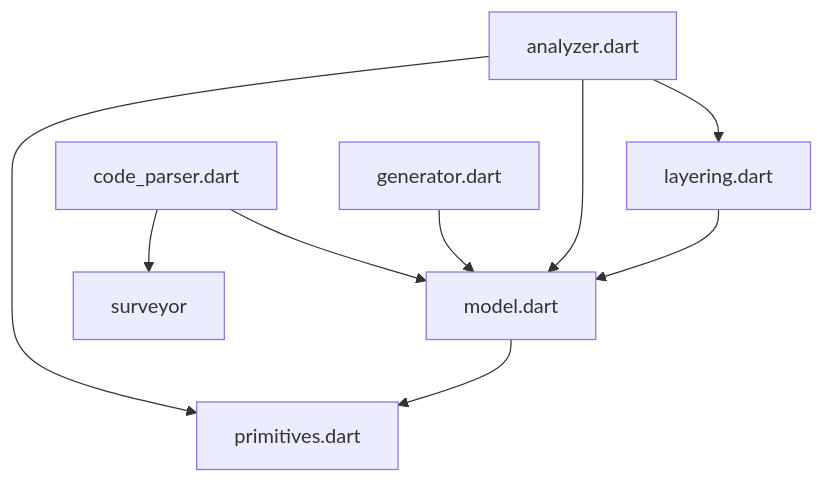
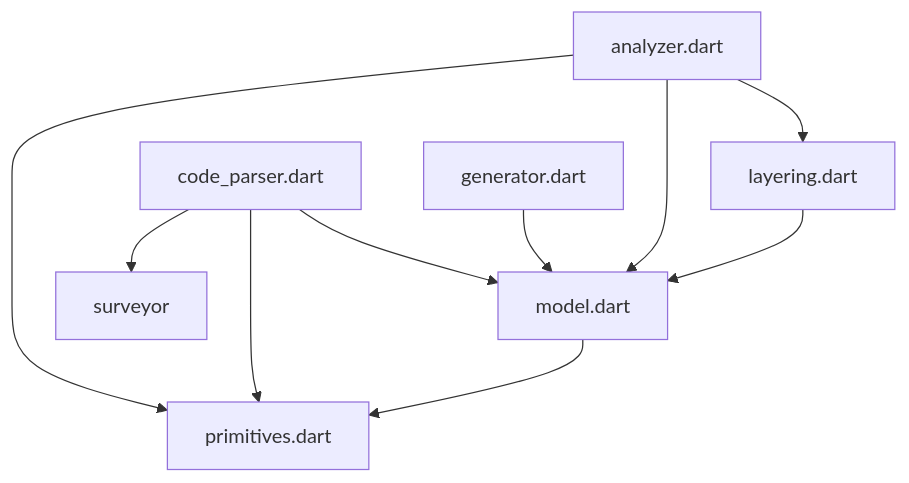
One commit to polina-c/layerlens changed the diagram in lib/src/DEPENDENCIES.md. Above: the diagram before and after it, drawn with Mermaid. The commit also changed 1 other file, not shown here.

````diff
--- a/lib/src/DEPENDENCIES.md
+++ b/lib/src/DEPENDENCIES.md
@@ -5,11 +5,12 @@
 ```mermaid
 flowchart TD;
 analyzer.dart-->layering.dart;
 analyzer.dart-->model.dart;
 analyzer.dart-->primitives.dart;
 code_parser.dart-->model.dart;
+code_parser.dart-->primitives.dart;
 code_parser.dart-->surveyor;
 generator.dart-->model.dart;
 layering.dart-->model.dart;
 model.dart-->primitives.dart;
 ```
````
